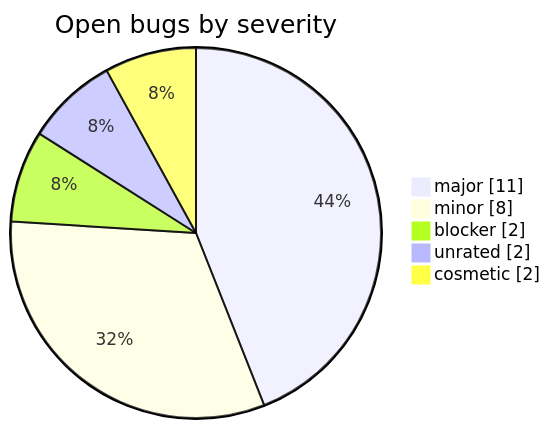
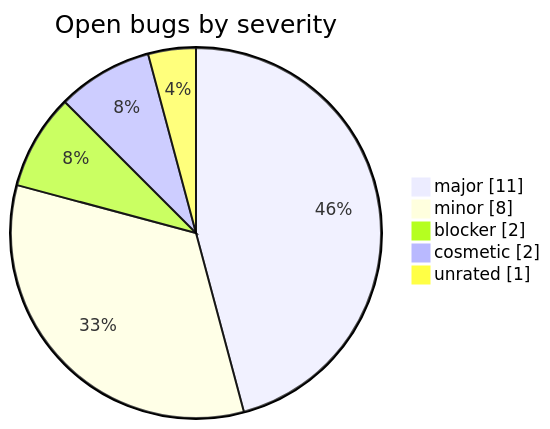
Before and after one commit to silkyclouds/pmda-tracker: the second of 3 diagrams in README.md, drawn with Mermaid. The commit also changed other lines of this file, not shown here.

````diff
--- a/README.md
+++ b/README.md
@@ -23,8 +22,8 @@
 ```mermaid
 pie showData title Open bugs by severity
     "major" : 11
     "minor" : 8
     "blocker" : 2
-    "unrated" : 2
     "cosmetic" : 2
+    "unrated" : 1
 ```
````
